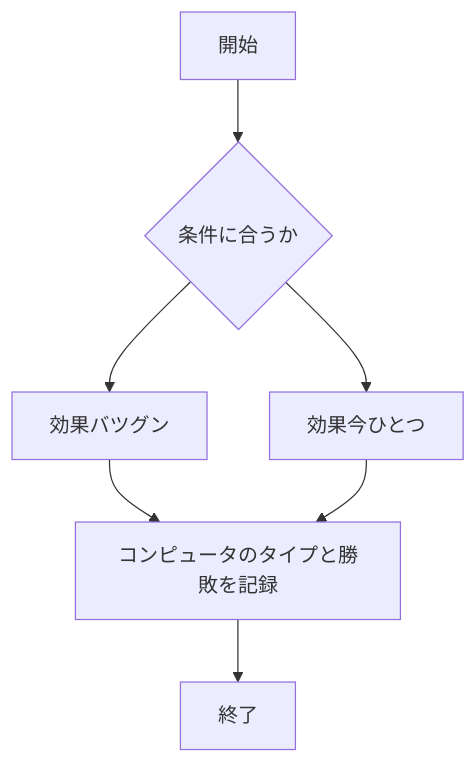
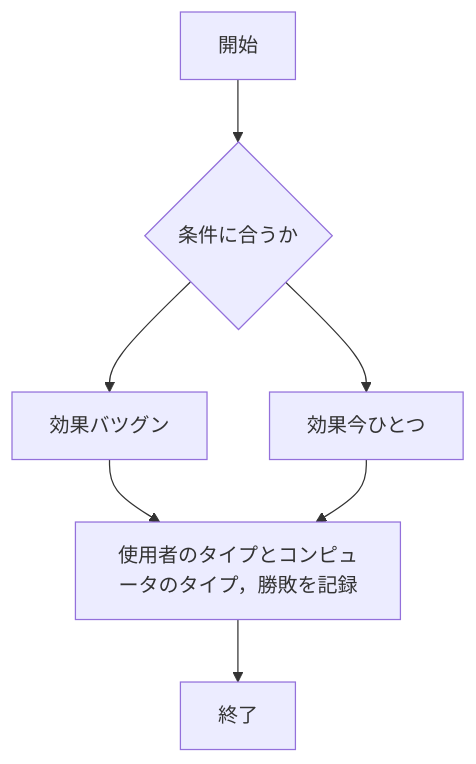
The third of 3 diagrams in README.md (sebenaoto/webpro_06), drawn with Mermaid before and after one commit. The commit also changed other lines of this file, not shown here.

````diff
--- a/README.md
+++ b/README.md
@@ -94,17 +95,17 @@
 ```mermaid
 flowchart TD;
 
 start["開始"];
 end1["終了"];
 if{"条件に合うか"};
 win["効果バツグン"];
 loose["効果今ひとつ"];
-remember["コンピュータのタイプと勝敗を記録"]
+remember["使用者のタイプとコンピュータのタイプ，勝敗を記録"]
 
 start --> if
 if --> win
 win --> remember
 if --> loose
 loose --> remember
 remember --> end1
 ```
````
